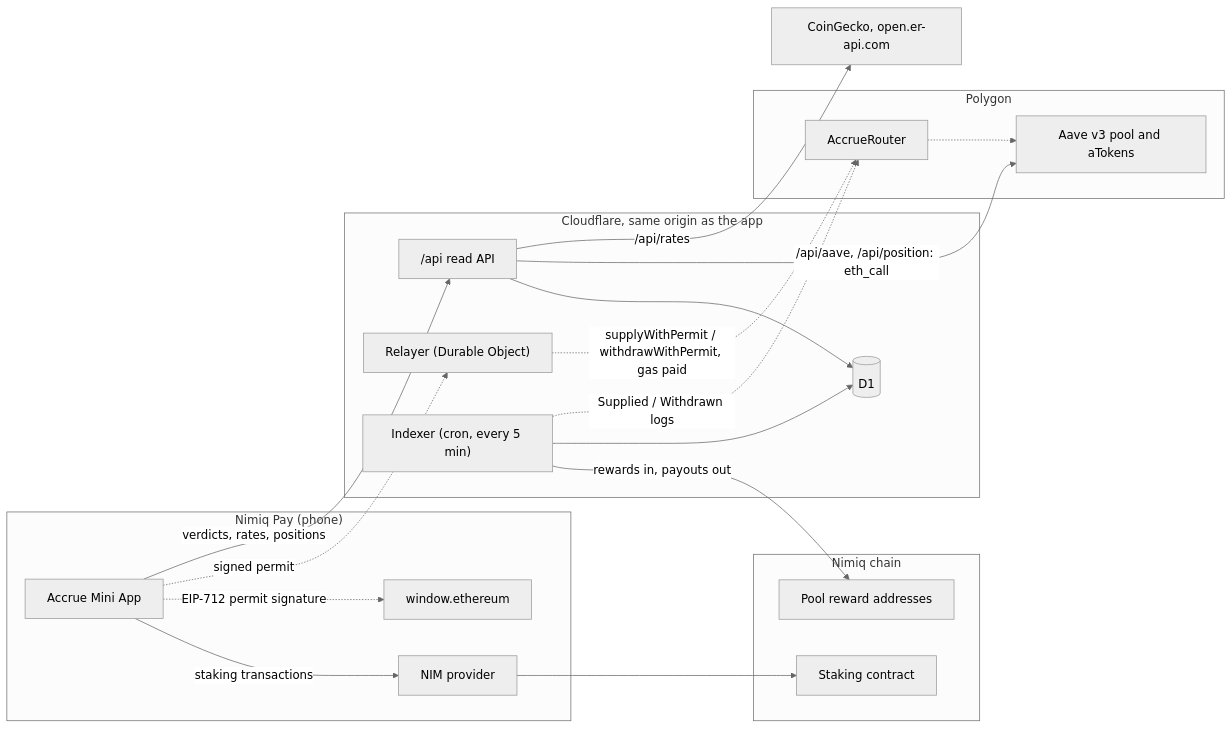
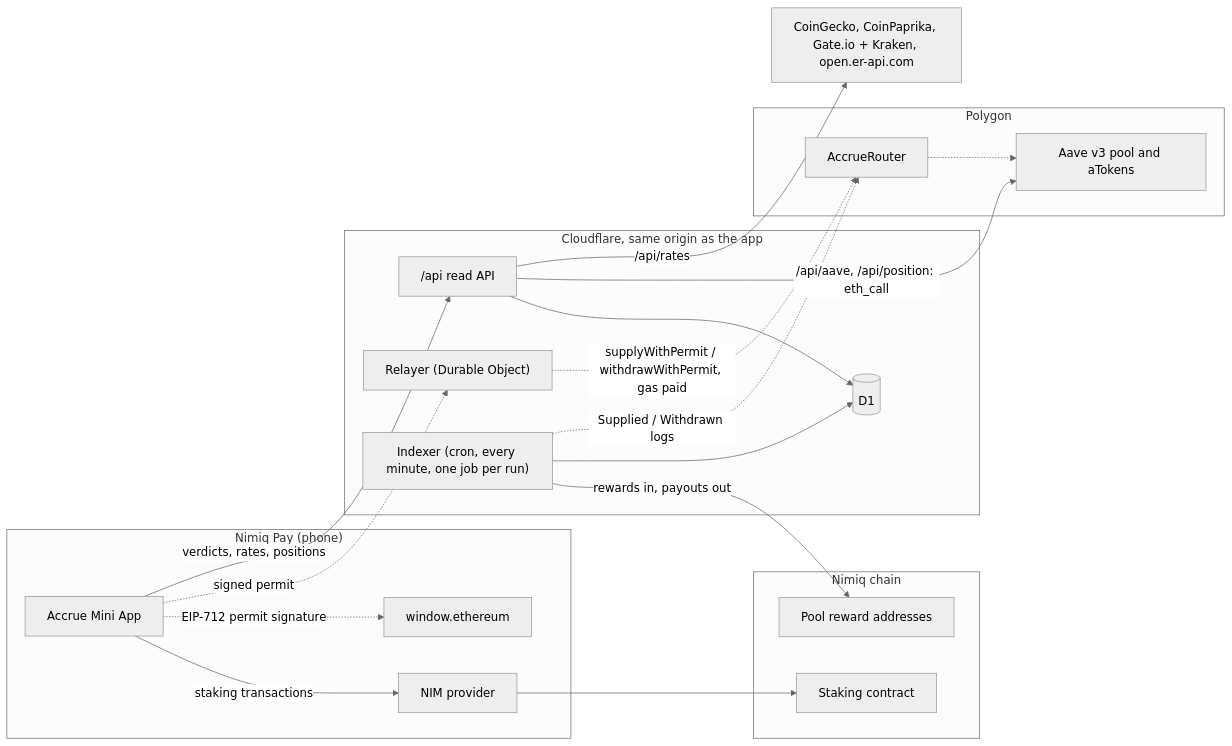
One commit to RaYYeR220/accrue changed the diagram in README.md. Above: the diagram before and after it, drawn with Mermaid (neutral theme). The commit also changed 18 other files, not shown here.

Commit message:
fix: say why a pool has no verdict from a state the API sends; generate the diagram facts from the worker's config

````diff
--- a/README.md
+++ b/README.md
@@ -54,34 +54,34 @@
 ```mermaid
 flowchart LR
   subgraph pay["Nimiq Pay (phone)"]
     app["Accrue Mini App"]
     nimprov["NIM provider"]
     evmprov["window.ethereum"]
   end
   subgraph cf["Cloudflare, same origin as the app"]
     api["/api read API"]
     relay["Relayer (Durable Object)"]
-    idx["Indexer (cron, every 5 min)"]
+    idx["Indexer (cron, every minute, one job per run)"]
     db[("D1")]
   end
   subgraph nimiq["Nimiq chain"]
     staking["Staking contract"]
     pools["Pool reward addresses"]
   end
   subgraph polygon["Polygon"]
     router["AccrueRouter"]
     aave["Aave v3 pool and aTokens"]
   end
-  fx["CoinGecko, open.er-api.com"]
+  fx["CoinGecko, CoinPaprika, Gate.io + Kraken, open.er-api.com"]
   app -->|"staking transactions"| nimprov --> staking
   app -.->|"EIP-712 permit signature"| evmprov
   app -.->|"signed permit"| relay
   relay -.->|"supplyWithPermit / withdrawWithPermit, gas paid"| router
   router -.-> aave
   app -->|"verdicts, rates, positions"| api --> db
   api -->|"/api/aave, /api/position: eth_call"| aave
   api -->|"/api/rates"| fx
   idx -->|"rewards in, payouts out"| pools
   idx --> db
   idx -.->|"Supplied / Withdrawn logs"| router
 ```
````
